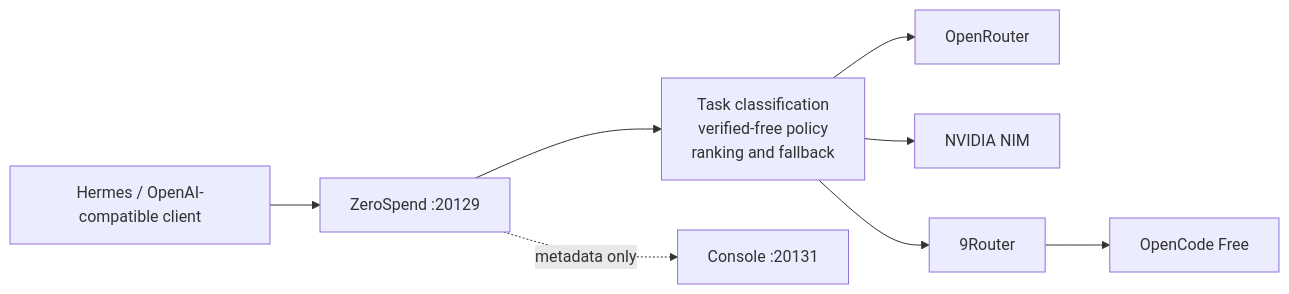
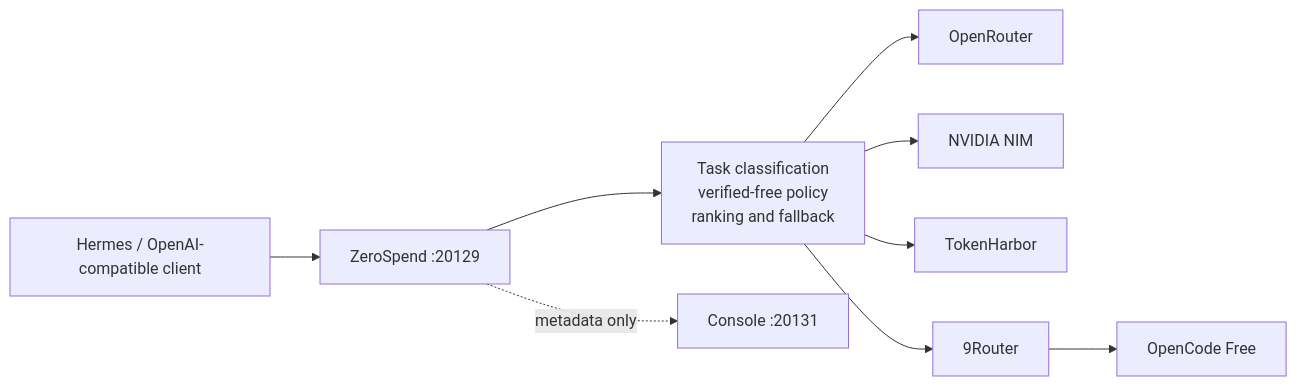
The diagram in README.md (sjfakharian/zerospend), drawn with Mermaid before and after one commit. The commit also changed other lines of this file and 18 other files, not shown here.

Commit message:
feat: add verified-free TokenHarbor provider (#12)

````diff
--- a/README.md
+++ b/README.md
@@ -32,10 +32,11 @@
 ```mermaid
 flowchart LR
   H[Hermes / OpenAI-compatible client] --> R[ZeroSpend :20129]
   R --> P[Task classification<br/>verified-free policy<br/>ranking and fallback]
   P --> OR[OpenRouter]
   P --> NV[NVIDIA NIM]
+  P --> TH[TokenHarbor]
   P --> N[9Router]
   N --> OC[OpenCode Free]
   R -. metadata only .-> C[Console :20131]
 ```
````
